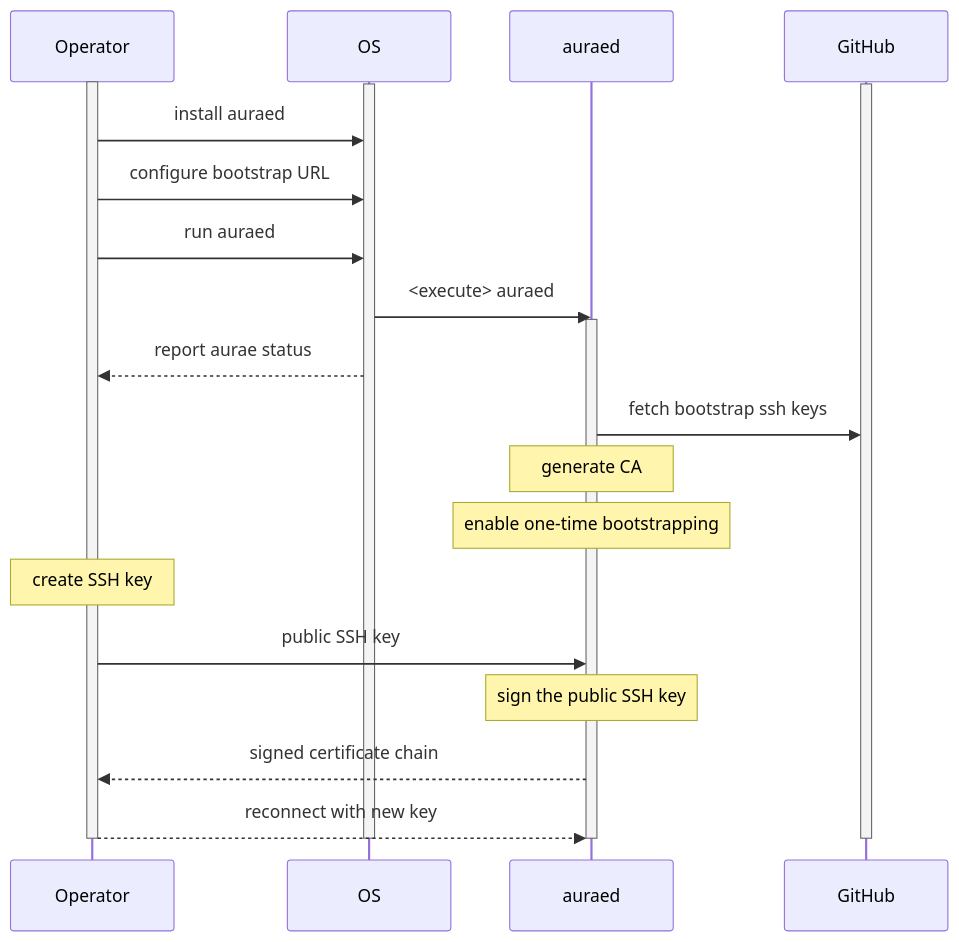
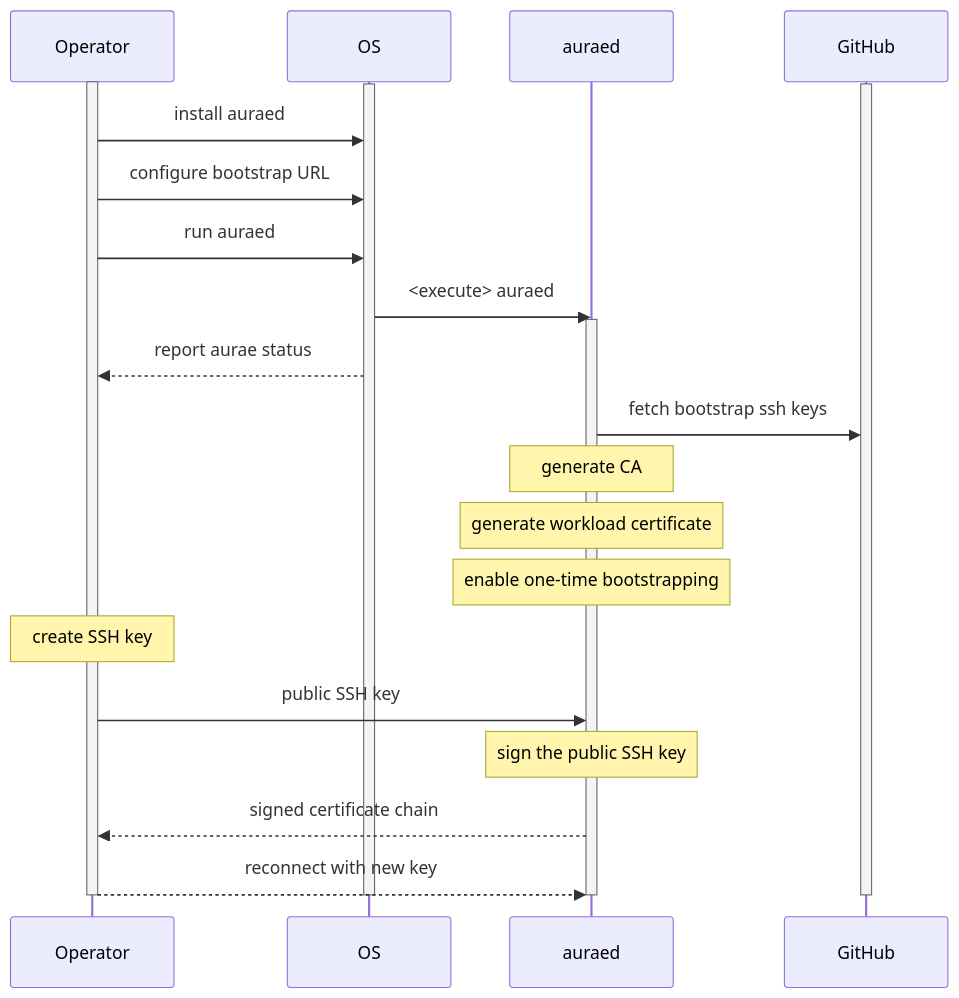
Before and after one commit to aurae-runtime/architecture: the first of 2 diagrams in accepted/002.md, drawn with Mermaid. The commit also changed other lines of this file, not shown here.

Commit message:
prop002: minor change to sequence diagram

````diff
--- a/accepted/002.md
+++ b/accepted/002.md
@@ -47,24 +47,25 @@
 ```mermaid
 sequenceDiagram
 activate Operator
 activate OS
 activate GitHub
 Operator->>OS: install auraed
 Operator->>OS: configure bootstrap URL
 Operator->>OS: run auraed
 OS->>auraed: <execute> auraed
 activate auraed
 OS-->>Operator: report aurae status
 auraed->>GitHub: fetch bootstrap ssh keys
 note over auraed: generate CA
+note over auraed: generate workload certificate
 note over auraed: enable one-time bootstrapping
 note over Operator: create SSH key
 Operator->>auraed: public SSH key
 note over auraed: sign the public SSH key
 auraed-->>Operator: signed certificate chain
 Operator-->>auraed: reconnect with new key
 deactivate auraed
 deactivate GitHub
 deactivate Operator
 deactivate OS
 ```
````
